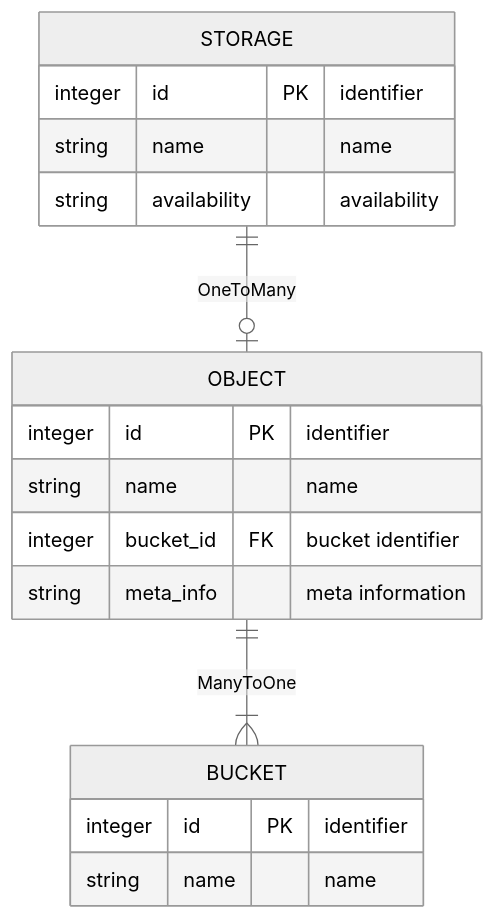
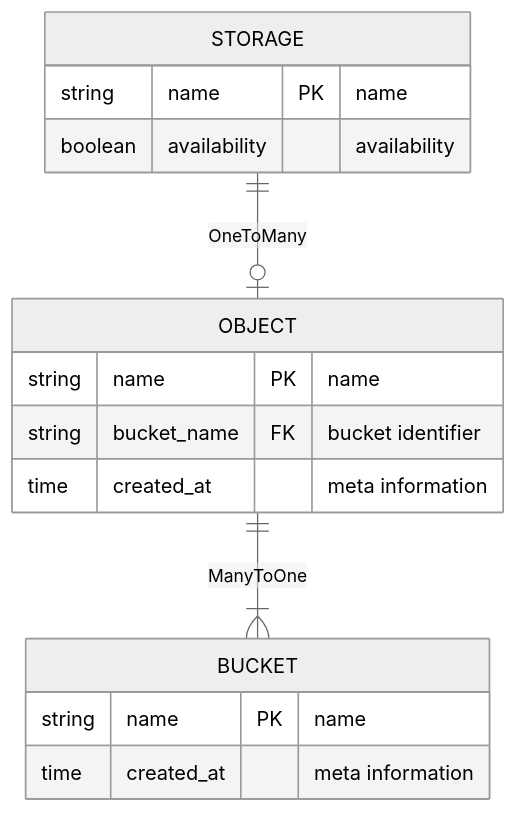
Before and after one commit to sultanowskii/sos: the second of 2 diagrams in design.md, drawn with Mermaid (neutral theme).

Commit message:
update er diagram according to realization

````diff
--- a/design.md
+++ b/design.md
@@ -53,24 +53,22 @@
 ```mermaid
 erDiagram
     STORAGE {
-        integer id PK "identifier"
-        string name "name"
-        string availability "availability"
+        string name PK "name"
+        boolean availability "availability"
     }
 
     OBJECT {
-        integer id PK "identifier"
-        string name "name"
-        integer bucket_id FK "bucket identifier"
-        string meta_info "meta information"
+        string name PK "name"
+        string bucket_name FK "bucket identifier"
+        time created_at "meta information"
     }
 
     BUCKET {
-        integer id PK "identifier"
-        string name "name"
+        string name PK "name"
+        time created_at "meta information"
     }
 
 
     STORAGE ||--o| OBJECT : OneToMany
     OBJECT ||--|{ BUCKET : ManyToOne
 ```
````
